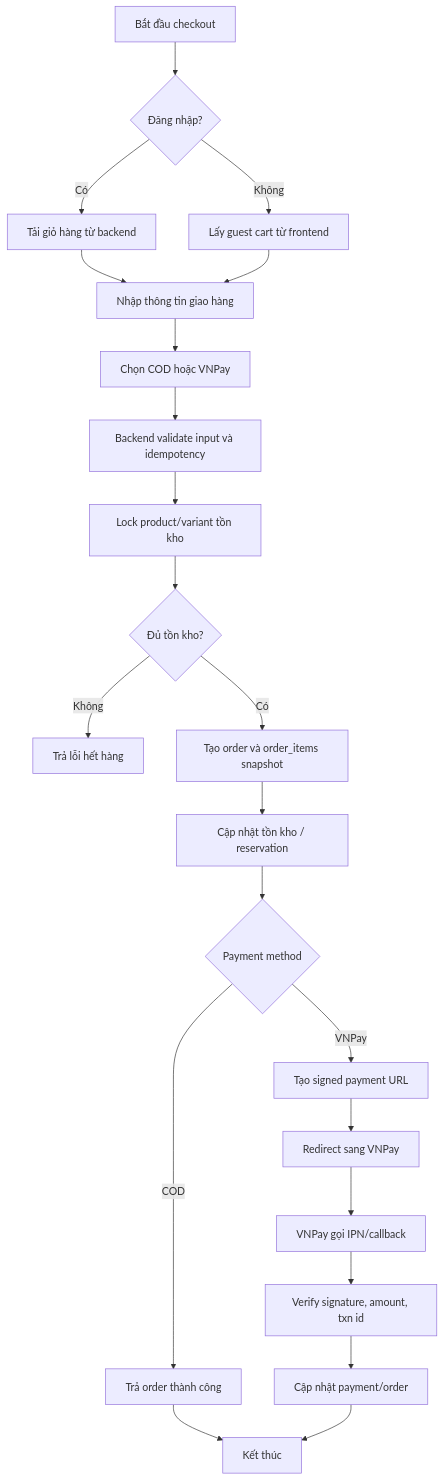
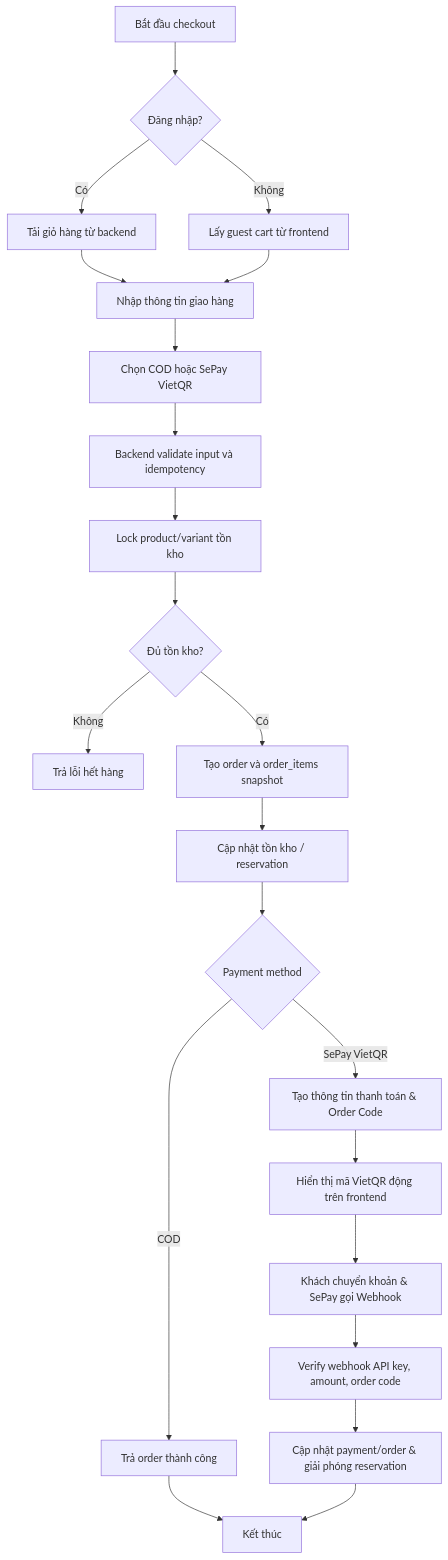
One commit to quangliz/Petshop changed the second of 8 diagrams in report/bao-cao-do-an.md. Above: the diagram before and after it, drawn with Mermaid. The commit also changed other lines of this file and 18 other files, not shown here.

````diff
--- a/report/bao-cao-do-an.md
+++ b/report/bao-cao-do-an.md
@@ -355,24 +355,24 @@
 ```mermaid
 flowchart TD
     A["Bắt đầu checkout"] --> B{"Đăng nhập?"}
     B -- "Có" --> C["Tải giỏ hàng từ backend"]
     B -- "Không" --> D["Lấy guest cart từ frontend"]
     C --> E["Nhập thông tin giao hàng"]
     D --> E
-    E --> F["Chọn COD hoặc VNPay"]
+    E --> F["Chọn COD hoặc SePay VietQR"]
     F --> G["Backend validate input và idempotency"]
     G --> H["Lock product/variant tồn kho"]
     H --> I{"Đủ tồn kho?"}
     I -- "Không" --> X["Trả lỗi hết hàng"]
     I -- "Có" --> J["Tạo order và order_items snapshot"]
     J --> K["Cập nhật tồn kho / reservation"]
     K --> L{"Payment method"}
     L -- "COD" --> M["Trả order thành công"]
-    L -- "VNPay" --> N["Tạo signed payment URL"]
-    N --> O["Redirect sang VNPay"]
-    O --> P["VNPay gọi IPN/callback"]
-    P --> Q["Verify signature, amount, txn id"]
-    Q --> R["Cập nhật payment/order"]
+    L -- "SePay VietQR" --> N["Tạo thông tin thanh toán & Order Code"]
+    N --> O["Hiển thị mã VietQR động trên frontend"]
+    O --> P["Khách chuyển khoản & SePay gọi Webhook"]
+    P --> Q["Verify webhook API key, amount, order code"]
+    Q --> R["Cập nhật payment/order & giải phóng reservation"]
     M --> S["Kết thúc"]
     R --> S
 ```
````
